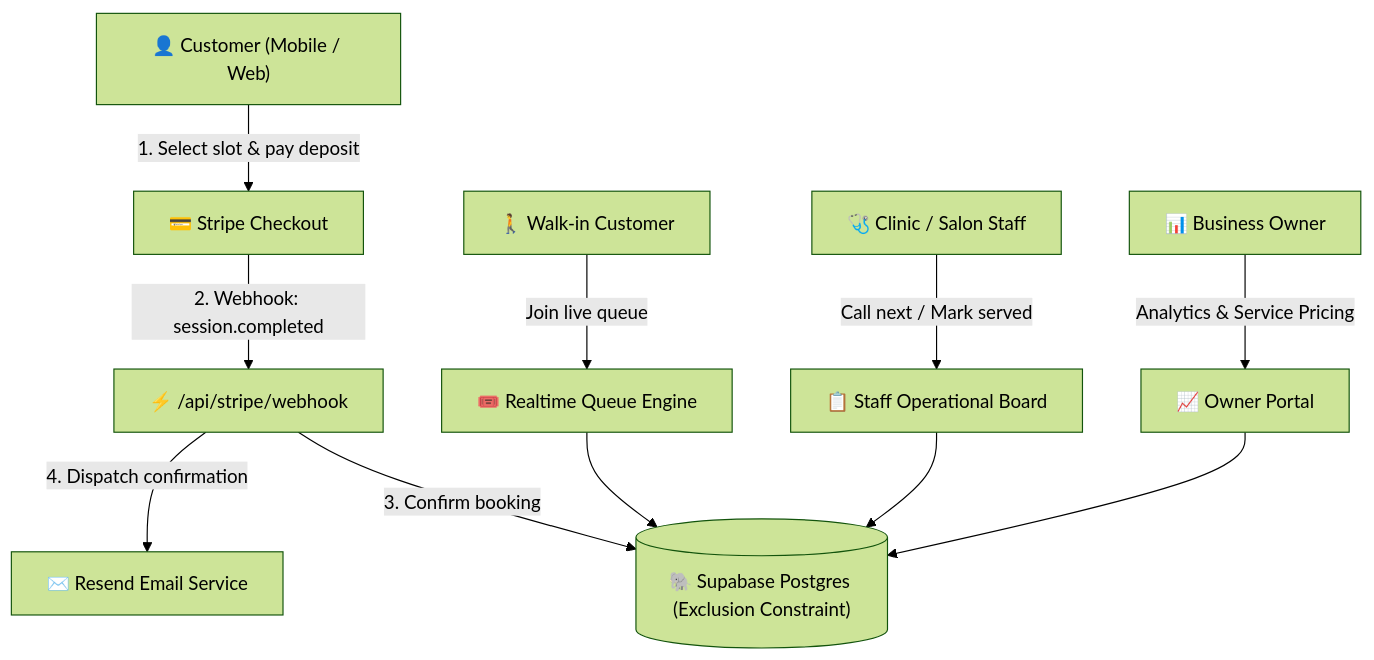
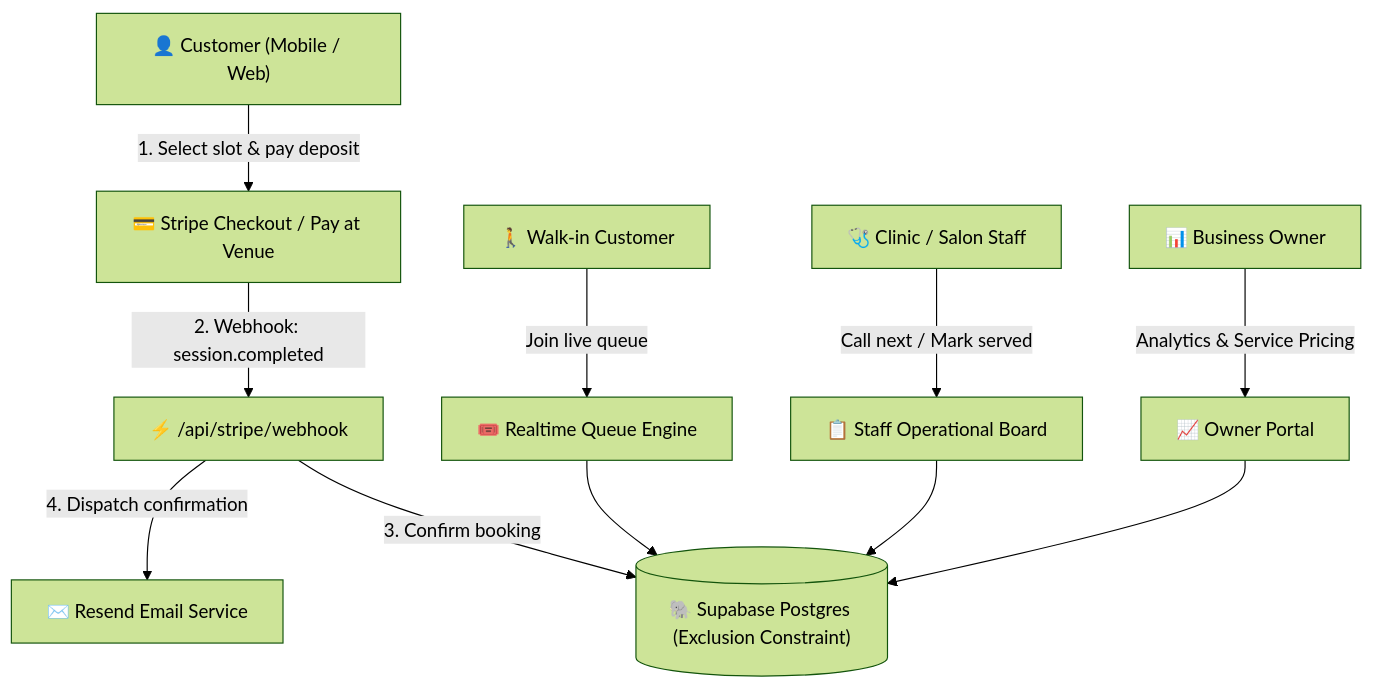
The diagram in README.md (CtrlAltHamza/queueline), drawn with Mermaid (forest theme) before and after one commit. The commit also changed other lines of this file and 9 other files, not shown here.

````diff
--- a/README.md
+++ b/README.md
@@ -11,16 +13,16 @@
 ```mermaid
 flowchart TD
-    Customer["👤 Customer (Mobile / Web)"] -->|1. Select slot & pay deposit| Stripe["💳 Stripe Checkout"]
+    Customer["👤 Customer (Mobile / Web)"] -->|1. Select slot & pay deposit| Stripe["💳 Stripe Checkout / Pay at Venue"]
     Stripe -->|2. Webhook: session.completed| WebhookAPI["⚡ /api/stripe/webhook"]
     WebhookAPI -->|3. Confirm booking| DB[("🐘 Supabase Postgres (Exclusion Constraint)")]
     WebhookAPI -->|4. Dispatch confirmation| Resend["✉️ Resend Email Service"]
     
     Walkin["🚶 Walk-in Customer"] -->|Join live queue| QueueEngine["🎟️ Realtime Queue Engine"]
     QueueEngine --> DB
     
     Staff["🩺 Clinic / Salon Staff"] -->|Call next / Mark served| StaffBoard["📋 Staff Operational Board"]
     StaffBoard --> DB
     
     Owner["📊 Business Owner"] -->|Analytics & Service Pricing| OwnerConsole["📈 Owner Portal"]
     OwnerConsole --> DB
 ```
````
